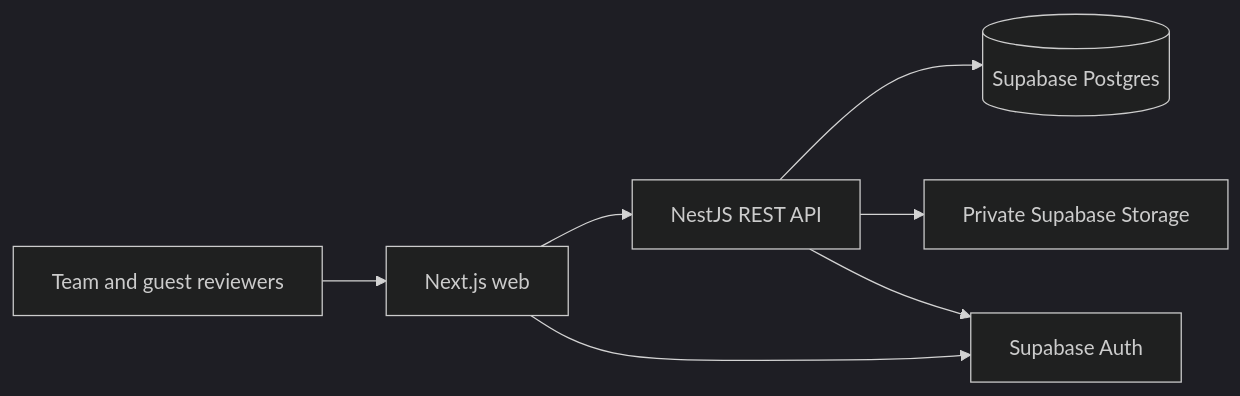
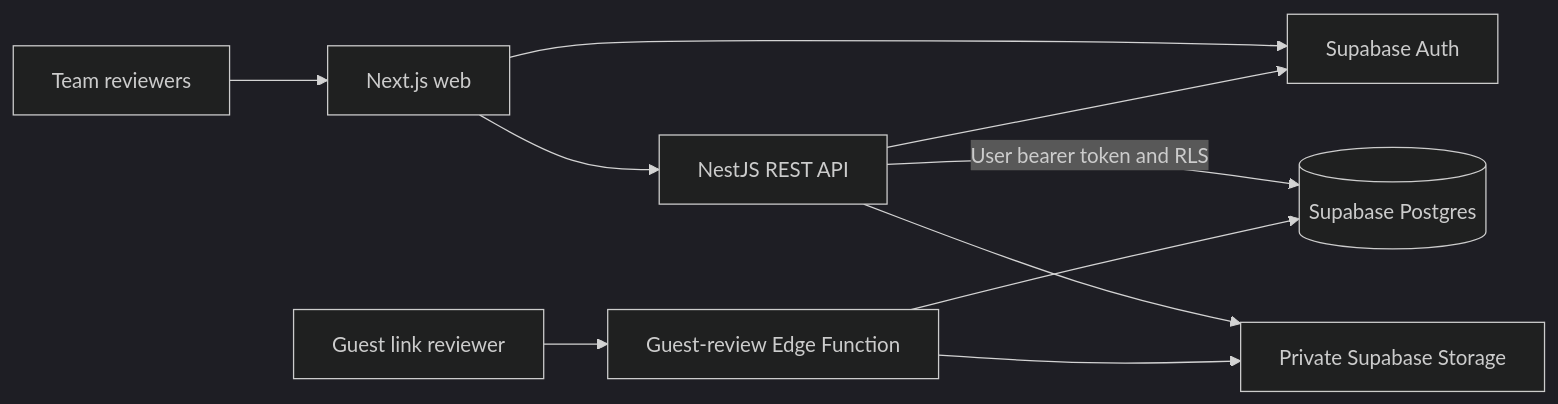
One commit to Scofari/release-canvas changed the diagram in README.md. Above: the diagram before and after it, drawn with Mermaid (dark theme). The commit also changed other lines of this file and 4 other files, not shown here.

````diff
--- a/README.md
+++ b/README.md
@@ -15,9 +31,12 @@
 ```mermaid
 flowchart LR
-  U[Team and guest reviewers] --> W[Next.js web]
+  U[Team reviewers] --> W[Next.js web]
   W --> A[NestJS REST API]
-  A --> P[(Supabase Postgres)]
-  A --> S[Private Supabase Storage]
   W --> H[Supabase Auth]
   A --> H
+  A -->|User bearer token and RLS| P[(Supabase Postgres)]
+  A --> S[Private Supabase Storage]
+  G[Guest link reviewer] --> E[Guest-review Edge Function]
+  E --> P
+  E --> S
 ```
````
